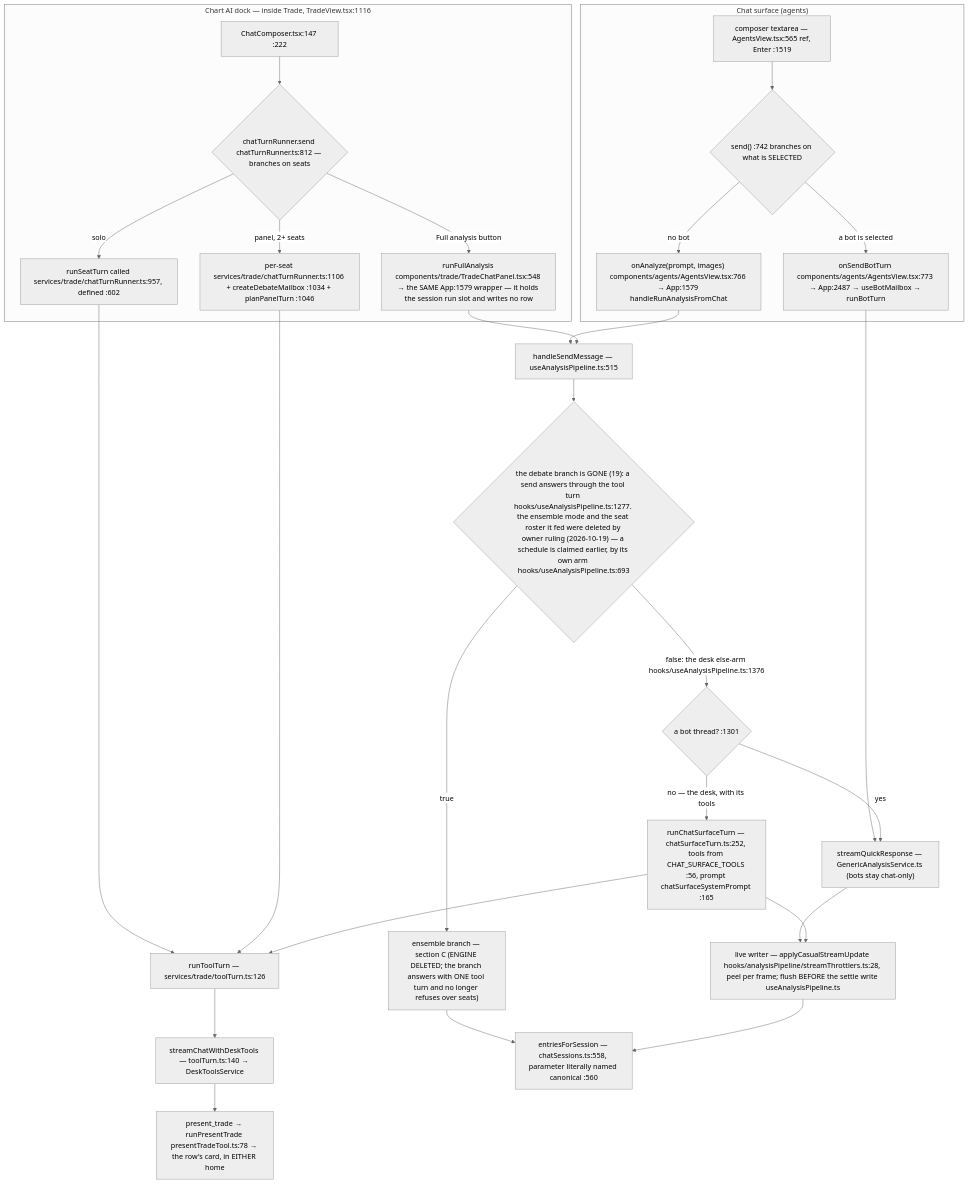
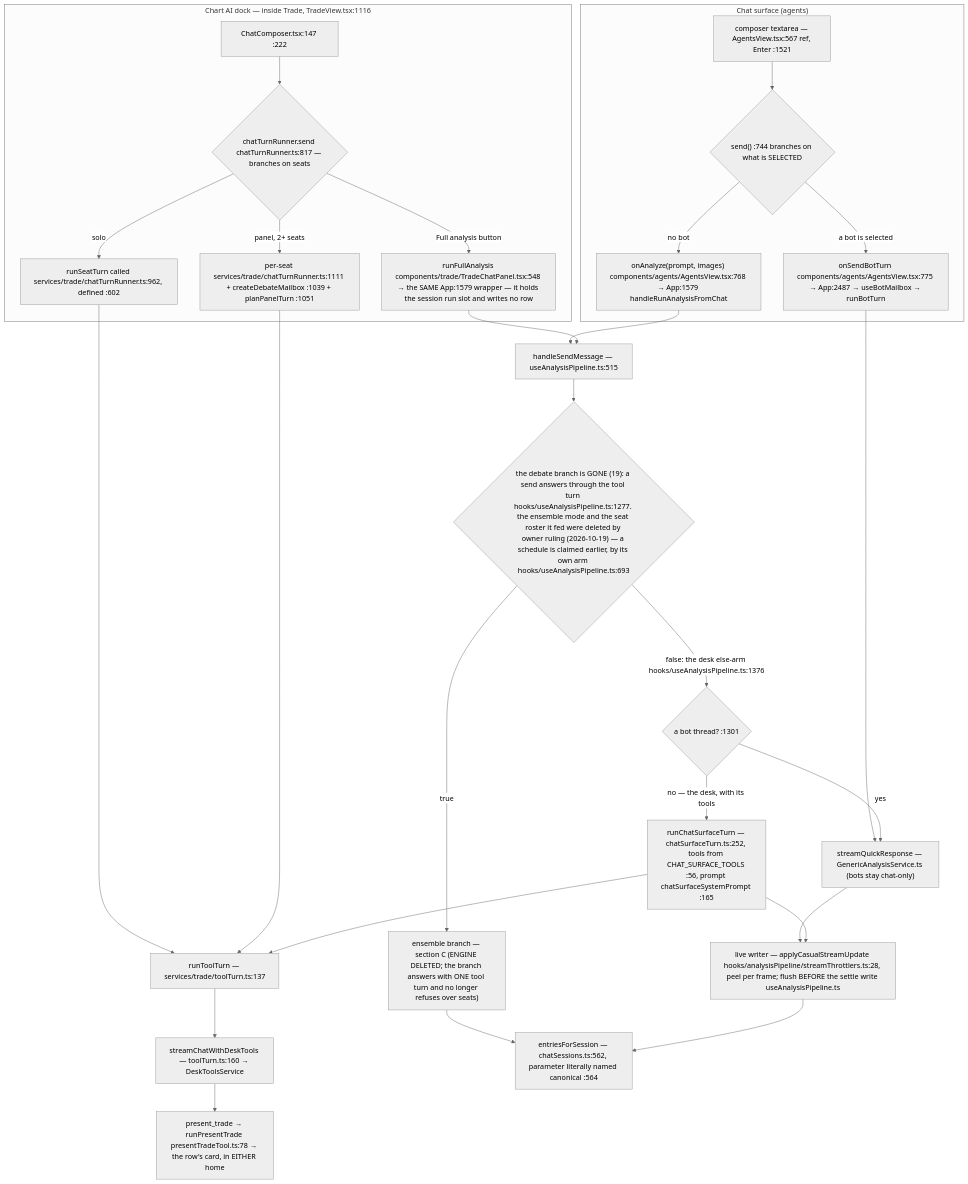
One commit to Acepay25/august-3.5 changed the second of 7 diagrams in docs/app-flow.md. Above: the diagram before and after it, drawn with Mermaid (neutral theme). The commit also changed other lines of this file and 15 other files, not shown here.

````diff
--- a/docs/app-flow.md
+++ b/docs/app-flow.md
@@ -61,31 +61,31 @@
 ```mermaid
 flowchart TD
     subgraph CHAT["Chat surface (agents)"]
-        CB["composer textarea — AgentsView.tsx:565 ref, Enter :1519"] --> D1{"send() :742 branches on what is SELECTED"}
-        D1 -->|a bot is selected| BOT["onSendBotTurn components/agents/AgentsView.tsx:773 → App:2487 → useBotMailbox → runBotTurn"]
-        D1 -->|no bot| AN["onAnalyze(prompt, images) components/agents/AgentsView.tsx:766 → App:1579 handleRunAnalysisFromChat"]
+        CB["composer textarea — AgentsView.tsx:567 ref, Enter :1521"] --> D1{"send() :744 branches on what is SELECTED"}
+        D1 -->|a bot is selected| BOT["onSendBotTurn components/agents/AgentsView.tsx:775 → App:2487 → useBotMailbox → runBotTurn"]
+        D1 -->|no bot| AN["onAnalyze(prompt, images) components/agents/AgentsView.tsx:768 → App:1579 handleRunAnalysisFromChat"]
     end
     subgraph DOCK["Chart AI dock — inside Trade, TradeView.tsx:1116"]
-        DC["ChatComposer.tsx:147 :222"] --> D2{"chatTurnRunner.send chatTurnRunner.ts:812 — branches on seats"}
-        D2 -->|solo| SO["runSeatTurn called services/trade/chatTurnRunner.ts:957, defined :602"]
-        D2 -->|panel, 2+ seats| PN["per-seat services/trade/chatTurnRunner.ts:1106 + createDebateMailbox :1034 + planPanelTurn :1046"]
+        DC["ChatComposer.tsx:147 :222"] --> D2{"chatTurnRunner.send chatTurnRunner.ts:817 — branches on seats"}
+        D2 -->|solo| SO["runSeatTurn called services/trade/chatTurnRunner.ts:962, defined :602"]
+        D2 -->|panel, 2+ seats| PN["per-seat services/trade/chatTurnRunner.ts:1111 + createDebateMailbox :1039 + planPanelTurn :1051"]
         D2 -->|Full analysis button| FA["runFullAnalysis components/trade/TradeChatPanel.tsx:548 → the SAME App:1579 wrapper — it holds the session run slot and writes no row"]
     end
-    SO --> TT["runToolTurn — services/trade/toolTurn.ts:126"]
+    SO --> TT["runToolTurn — services/trade/toolTurn.ts:137"]
     PN --> TT
-    TT --> SCDT["streamChatWithDeskTools — toolTurn.ts:140 → DeskToolsService"]
+    TT --> SCDT["streamChatWithDeskTools — toolTurn.ts:160 → DeskToolsService"]
     BOT --> TR["streamQuickResponse — GenericAnalysisService.ts (bots stay chat-only)"]
     AN --> HSM["handleSendMessage — useAnalysisPipeline.ts:515"]
     FA --> HSM
     HSM --> D3{"the debate branch is GONE (19): a send answers through the tool turn hooks/useAnalysisPipeline.ts:1277. the ensemble mode and the seat roster it fed were deleted by owner ruling (2026-10-19) — a schedule is claimed earlier, by its own arm hooks/useAnalysisPipeline.ts:693"}
     D3 -->|true| ENS["ensemble branch — section C (ENGINE DELETED; the branch answers with ONE tool turn and no longer refuses over seats)"]
     D3 -->|false: the desk else-arm hooks/useAnalysisPipeline.ts:1376| SPLIT{"a bot thread? :1301"}
     SPLIT -->|yes| TR
     SPLIT -->|no — the desk, with its tools| CST["runChatSurfaceTurn — chatSurfaceTurn.ts:252, tools from CHAT_SURFACE_TOOLS :56, prompt chatSurfaceSystemPrompt :165"]
     CST --> TT
     TR --> LW["live writer — applyCasualStreamUpdate hooks/analysisPipeline/streamThrottlers.ts:28, peel per frame; flush BEFORE the settle write useAnalysisPipeline.ts"]
     CST --> LW
     ENS --> MERGE
-    LW --> MERGE["entriesForSession — chatSessions.ts:558, parameter literally named canonical :560"]
+    LW --> MERGE["entriesForSession — chatSessions.ts:562, parameter literally named canonical :564"]
     SCDT --> PT["present_trade → runPresentTrade presentTradeTool.ts:78 → the row's card, in EITHER home"]
 ```
````
